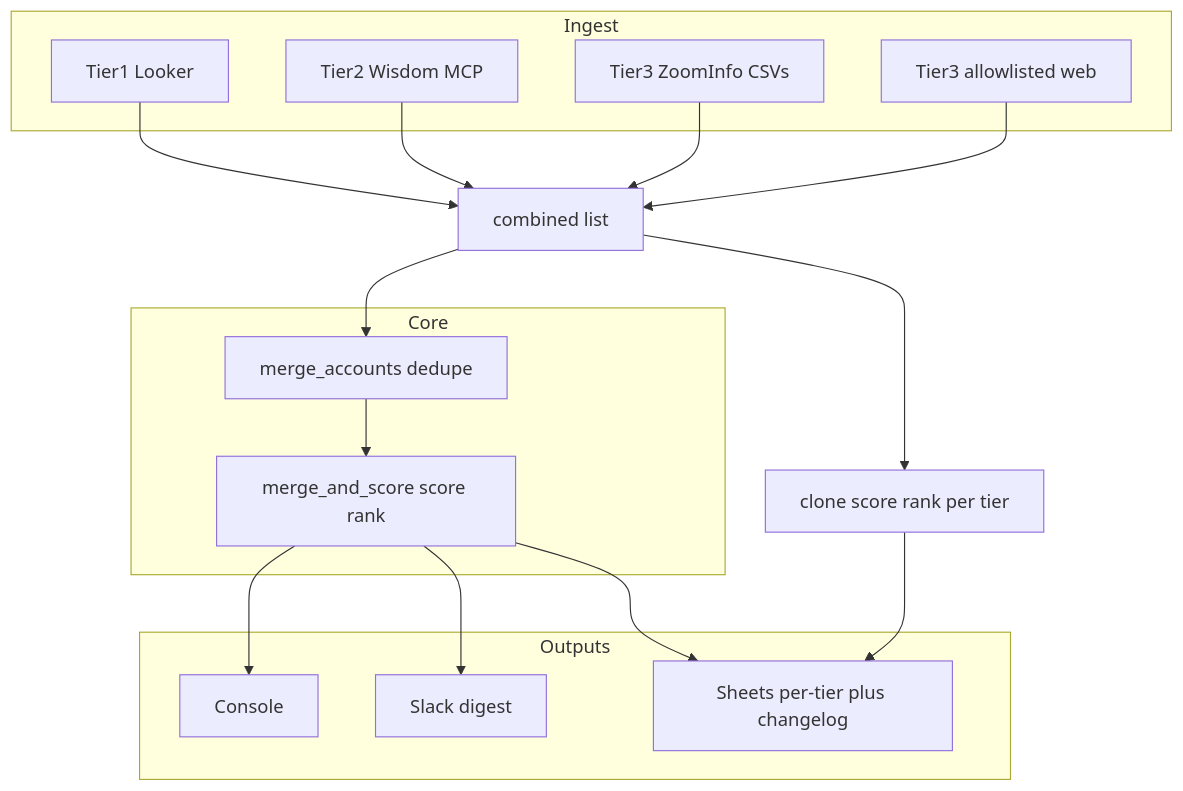
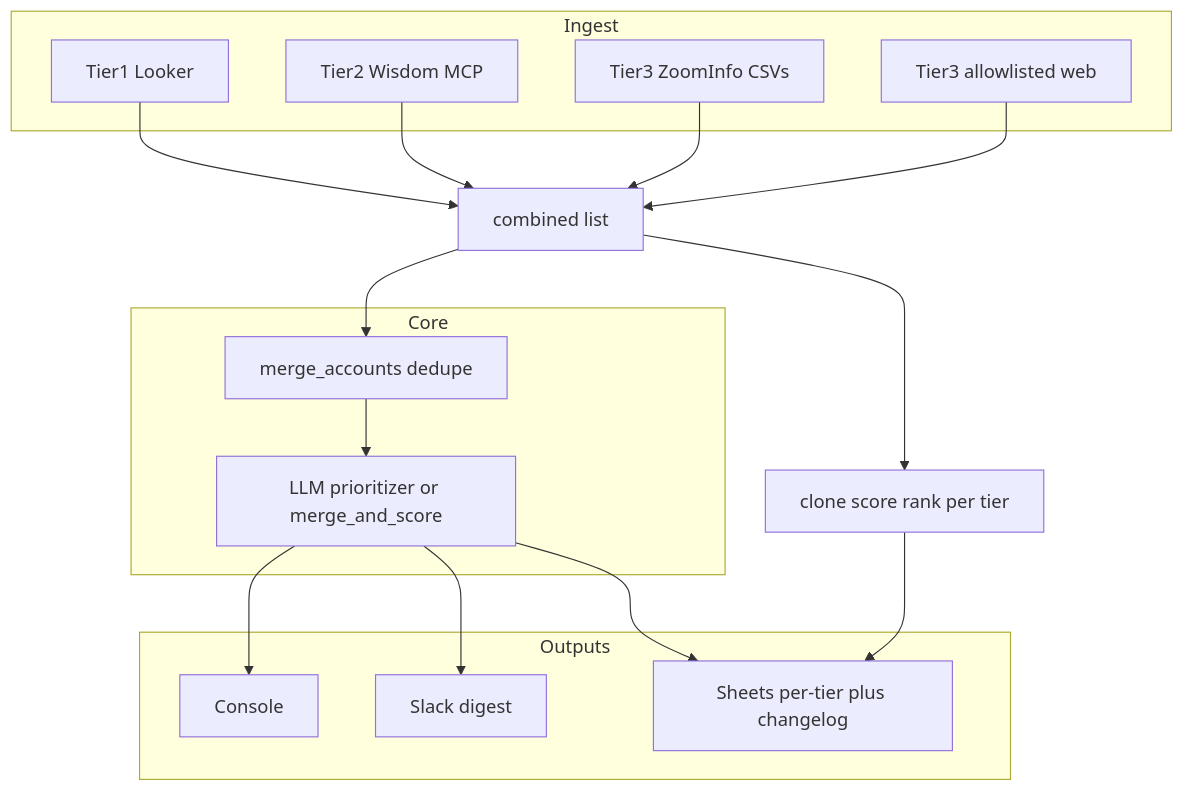
The diagram in docs/architecture.md (s-shindeldecker/figment-agent), drawn with Mermaid before and after one commit. The commit also changed other lines of this file and 11 other files, not shown here.

First line of the commit message:
Add E100 LLM prioritizer with LD AI metrics and robust JSON parsing

````diff
--- a/docs/architecture.md
+++ b/docs/architecture.md
@@ -23,27 +23,27 @@
 ```mermaid
 flowchart TB
   subgraph ingest [Ingest]
     T1[Tier1 Looker]
     T2[Tier2 Wisdom MCP]
     T3Z[Tier3 ZoomInfo CSVs]
     T3W[Tier3 allowlisted web]
   end
   subgraph core [Core]
     M[merge_accounts dedupe]
-    S[merge_and_score score rank]
+    P[LLM prioritizer or merge_and_score]
   end
   subgraph out [Outputs]
     C[Console]
     SH[Sheets per-tier plus changelog]
     SL[Slack digest]
   end
   T1 --> combined[combined list]
   T2 --> combined
   T3Z --> combined
   T3W --> combined
-  combined --> M --> S --> C
-  S --> SL
+  combined --> M --> P --> C
+  P --> SL
   combined --> tierSheets[clone score rank per tier]
   tierSheets --> SH
-  S --> SH
+  P --> SH
 ```
````
